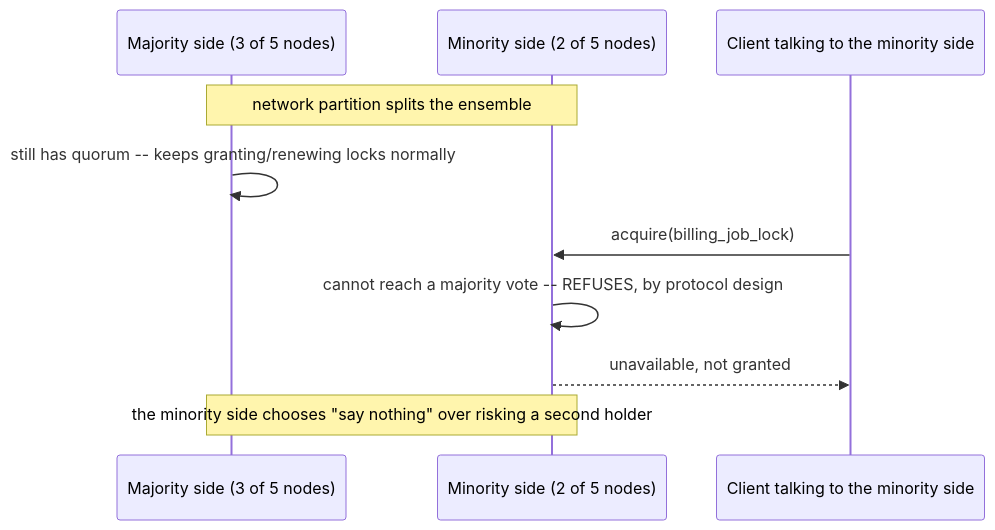
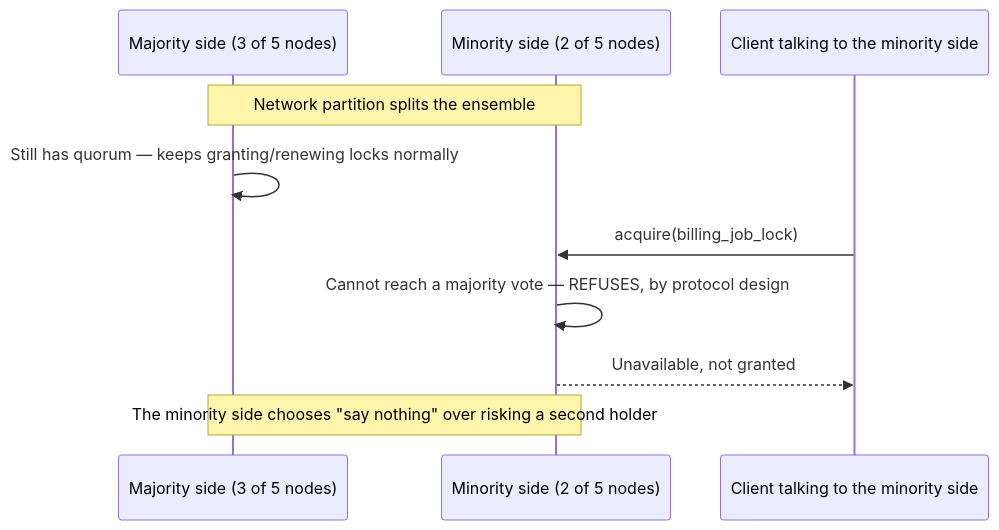
Before and after one commit to riyaz-pasha/Learnings: the sixth of 10 diagrams in system-design/HLD/0-course/61-Design-a-Global-Distributed-Lock-Service-FAANG-Guide-story.md, drawn with Mermaid. The commit also changed other lines of this file and 1 other file, not shown here.

Commit message:
[REWRITE] Global Distributed Lock Service story guide: simplify prose, add structure, fix diagrams

````diff
--- a/system-design/HLD/0-course/61-Design-a-Global-Distributed-Lock-Service-FAANG-Guide-story.md
+++ b/system-design/HLD/0-course/61-Design-a-Global-Distributed-Lock-Service-FAANG-Guide-story.md
@@ -274,13 +422,13 @@
 ```mermaid
 sequenceDiagram
     participant Maj as Majority side (3 of 5 nodes)
     participant Min as Minority side (2 of 5 nodes)
     participant C as Client talking to the minority side
 
-    Note over Maj,Min: network partition splits the ensemble
-    Maj->>Maj: still has quorum -- keeps granting/renewing locks normally
+    Note over Maj,Min: Network partition splits the ensemble
+    Maj->>Maj: Still has quorum — keeps granting/renewing locks normally
     C->>Min: acquire(billing_job_lock)
-    Min->>Min: cannot reach a majority vote -- REFUSES, by protocol design
-    Min-->>C: unavailable, not granted
-    Note over Maj,Min: the minority side chooses "say nothing" over risking a second holder
+    Min->>Min: Cannot reach a majority vote — REFUSES, by protocol design
+    Min-->>C: Unavailable, not granted
+    Note over Maj,Min: The minority side chooses "say nothing" over risking a second holder
 ```
````
